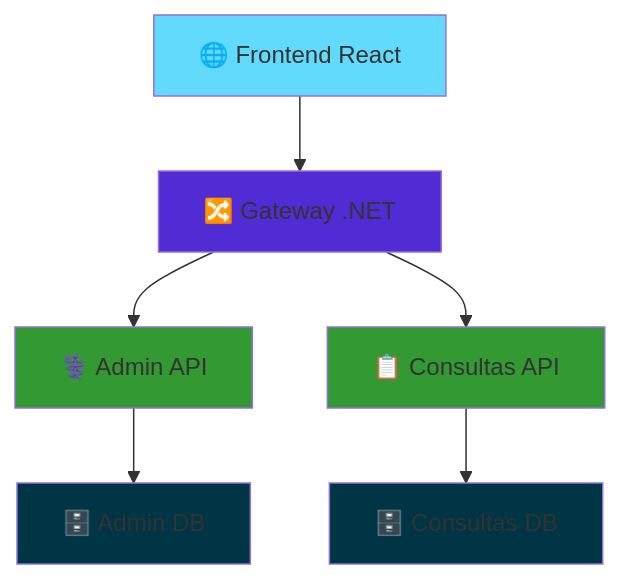
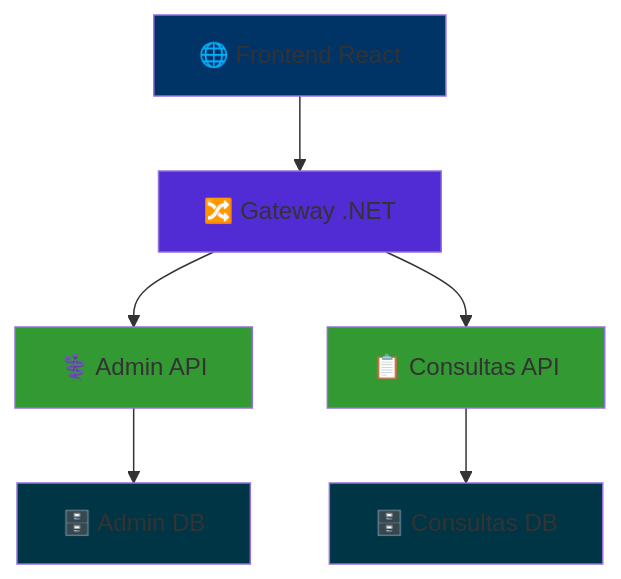
One commit to A1EXF6A/vacio2 changed the first of 3 diagrams in README.md. Above: the diagram before and after it, drawn with Mermaid.

Commit message:
Change color style for node A in README

````diff
--- a/README.md
+++ b/README.md
@@ -9,15 +9,15 @@
 ```mermaid
 graph TB
     A[🌐 Frontend React] --> B[🔀 Gateway .NET]
     B --> C[⚕️ Admin API]
     B --> D[📋 Consultas API]
     C --> E[🗄️ Admin DB]
     D --> F[🗄️ Consultas DB]
     
-    style A fill:#61dafb
+    style A fill:#003366
     style B fill:#512bd4
     style C fill:#339933
     style D fill:#339933
     style E fill:#003545
     style F fill:#003545
 ```
````
